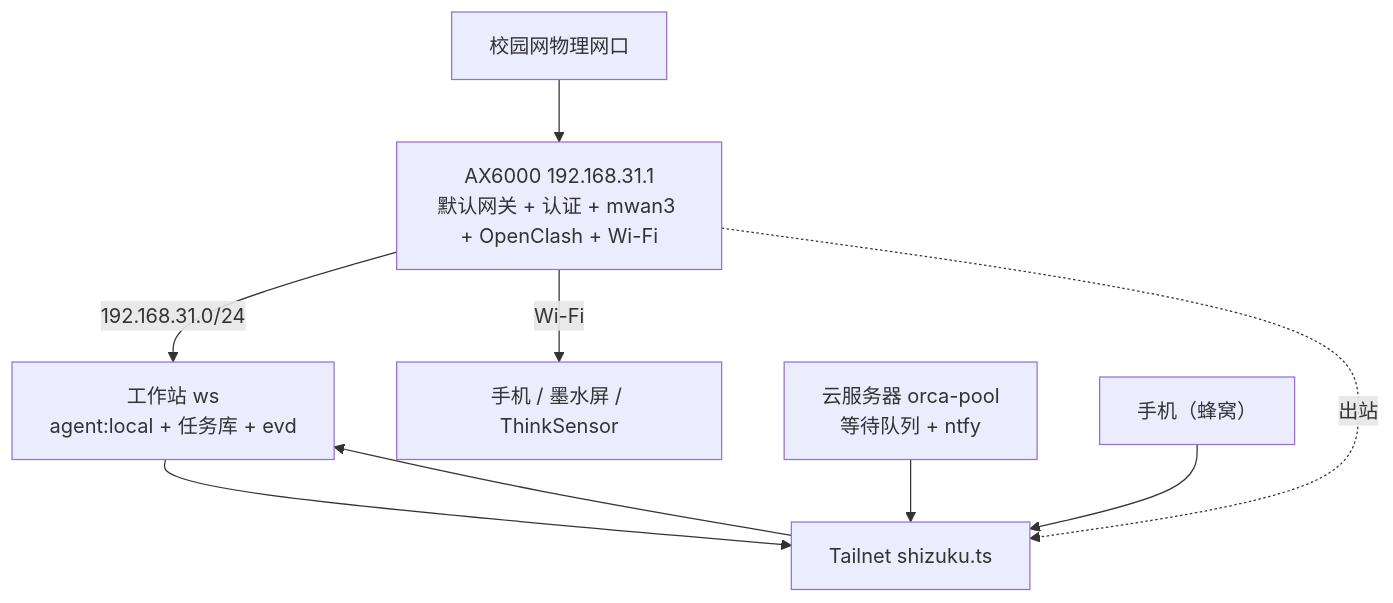
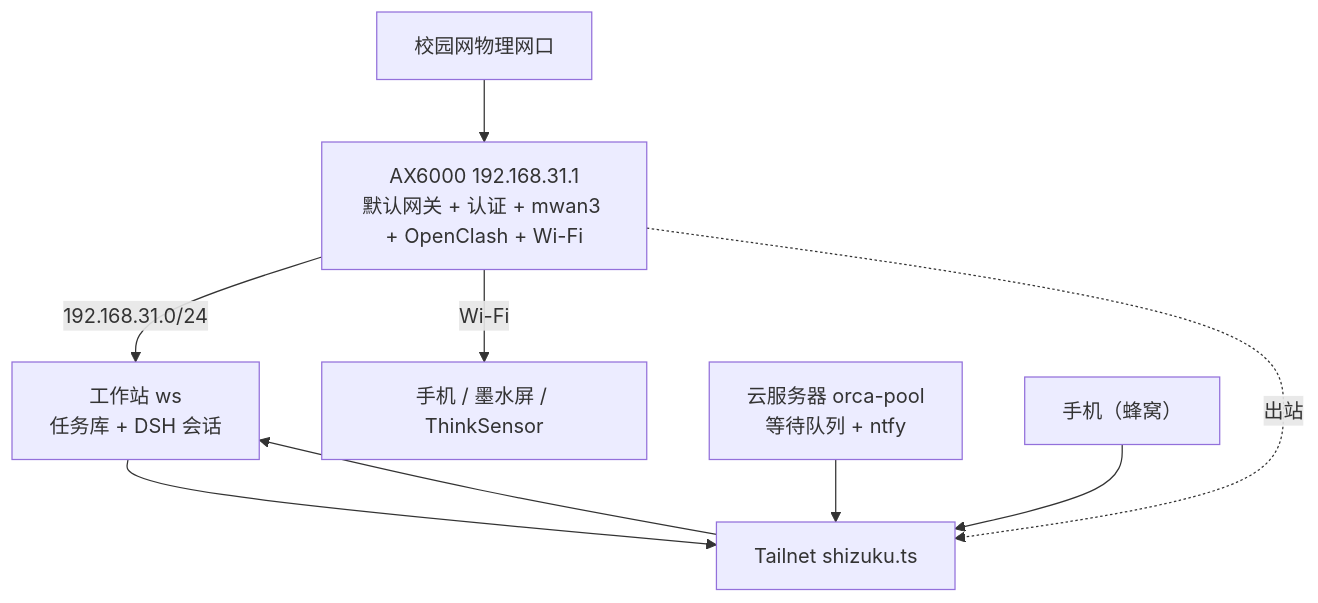
The diagram in docs/network-fabric.md (ShizkMoon/ai-collab-assistant), drawn with Mermaid before and after one commit. The commit also changed other lines of this file and 47 other files, not shown here.

````diff
--- a/docs/network-fabric.md
+++ b/docs/network-fabric.md
@@ -9,11 +9,11 @@
 ```mermaid
 flowchart TD
   NET["校园网物理网口"] --> RT["AX6000 192.168.31.1<br/>默认网关 + 认证 + mwan3 + OpenClash + Wi-Fi"]
-  RT -->|192.168.31.0/24| WS["工作站 ws<br/>agent:local + 任务库 + evd"]
+  RT -->|192.168.31.0/24| WS["工作站 ws<br/>任务库 + DSH 会话"]
   RT -->|Wi-Fi| DEV["手机 / 墨水屏 / ThinkSensor"]
   RT -.->|出站| TS["Tailnet shizuku.ts"]
   WS --> TS
   CLOUD["云服务器 orca-pool<br/>等待队列 + ntfy"] --> TS
   PHONE["手机（蜂窝）"] --> TS
   TS --> WS
 ```
````
